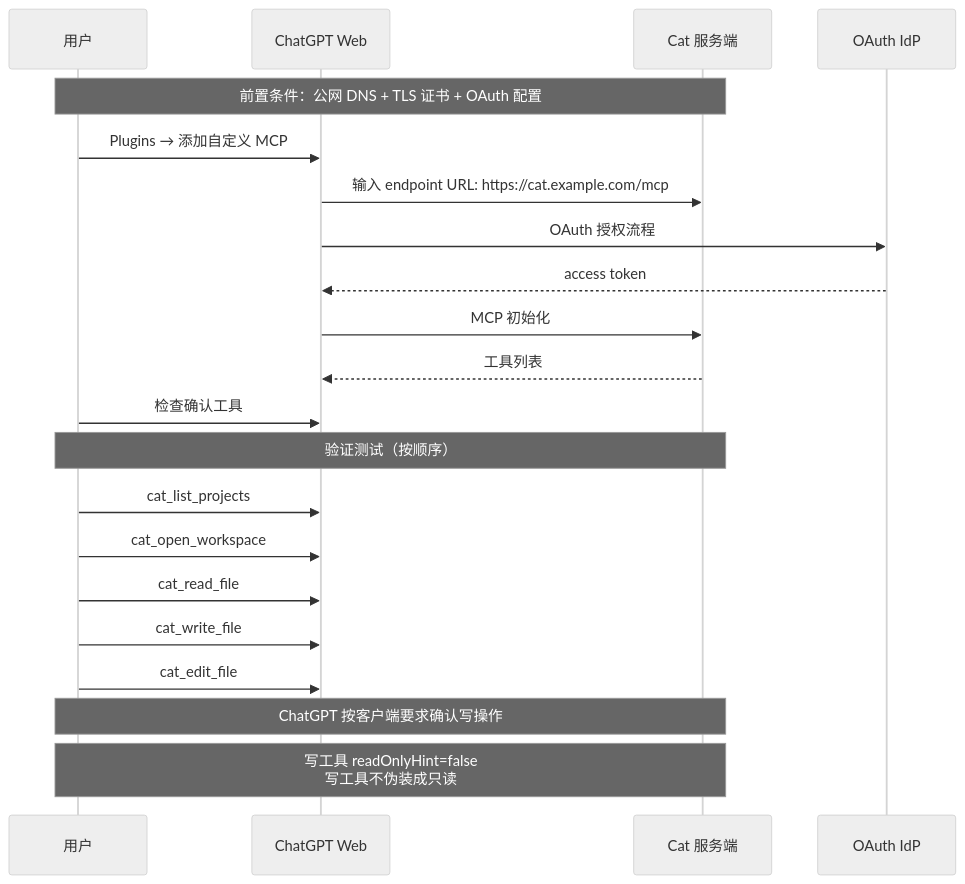
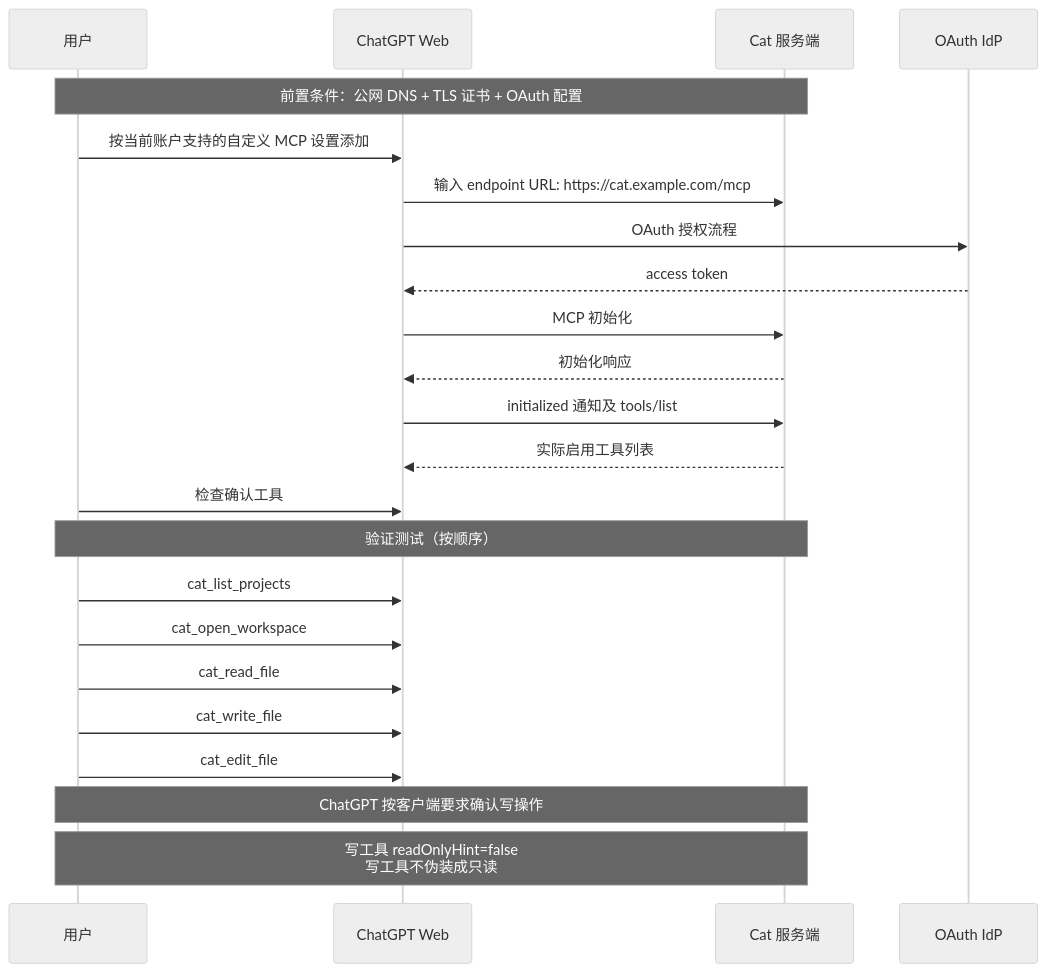
Diagram 12 of 14 in D-核心业务流程.md (sharesdoc/cat), drawn with Mermaid (neutral theme) before and after one commit. The commit also changed other lines of this file and 4 other files, not shown here.

````diff
--- a/D-核心业务流程.md
+++ b/D-核心业务流程.md
@@ -441,26 +410,28 @@
 ```mermaid
 sequenceDiagram
     participant User as 用户
     participant ChatGPT as ChatGPT Web
     participant Cat as Cat 服务端
     participant IdP as OAuth IdP
 
     Note over User,Cat: 前置条件：公网 DNS + TLS 证书 + OAuth 配置
-    User->>ChatGPT: Plugins → 添加自定义 MCP
+    User->>ChatGPT: 按当前账户支持的自定义 MCP 设置添加
     ChatGPT->>Cat: 输入 endpoint URL: https://cat.example.com/mcp
     ChatGPT->>IdP: OAuth 授权流程
     IdP-->>ChatGPT: access token
     ChatGPT->>Cat: MCP 初始化
-    Cat-->>ChatGPT: 工具列表
+    Cat-->>ChatGPT: 初始化响应
+    ChatGPT->>Cat: initialized 通知及 tools/list
+    Cat-->>ChatGPT: 实际启用工具列表
     User->>ChatGPT: 检查确认工具
 
     Note over User,Cat: 验证测试（按顺序）
     User->>ChatGPT: cat_list_projects
     User->>ChatGPT: cat_open_workspace
     User->>ChatGPT: cat_read_file
     User->>ChatGPT: cat_write_file
     User->>ChatGPT: cat_edit_file
 
     Note over User,Cat: ChatGPT 按客户端要求确认写操作
     Note over User,Cat: 写工具 readOnlyHint=false<br/>写工具不伪装成只读
 ```
````
